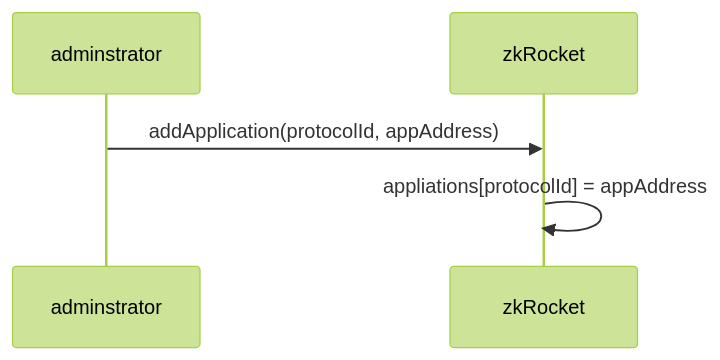
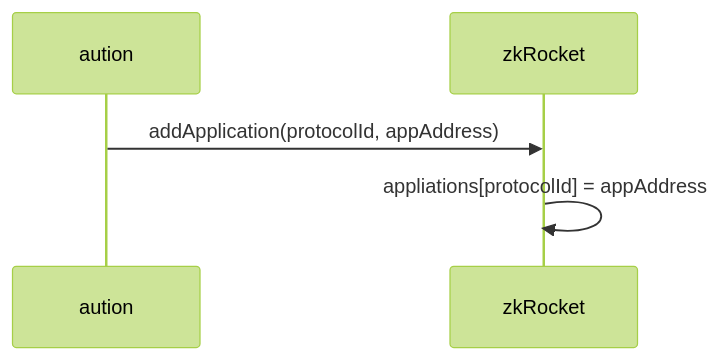
Before and after one commit to zkRocket/ZenKeeper: the second of 3 diagrams in README.md, drawn with Mermaid (forest theme).

````diff
--- a/README.md
+++ b/README.md
@@ -49,8 +49,8 @@
 ```mermaid
 sequenceDiagram
-    participant adminstrator
+    participant aution
     participant zkRocket
 
-    adminstrator ->> zkRocket: addApplication(protocolId, appAddress)
+    aution ->> zkRocket: addApplication(protocolId, appAddress)
     zkRocket ->> zkRocket: appliations[protocolId] = appAddress
 ```
````
